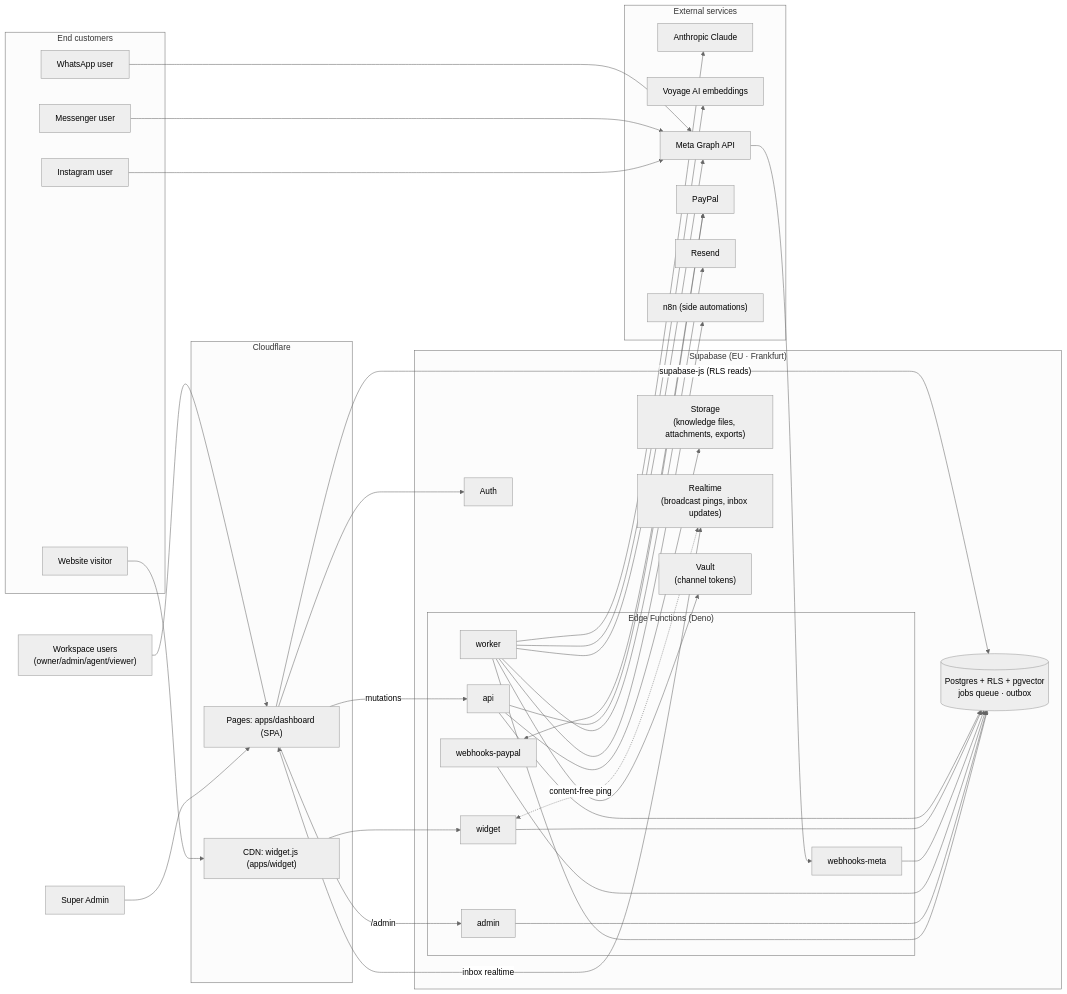
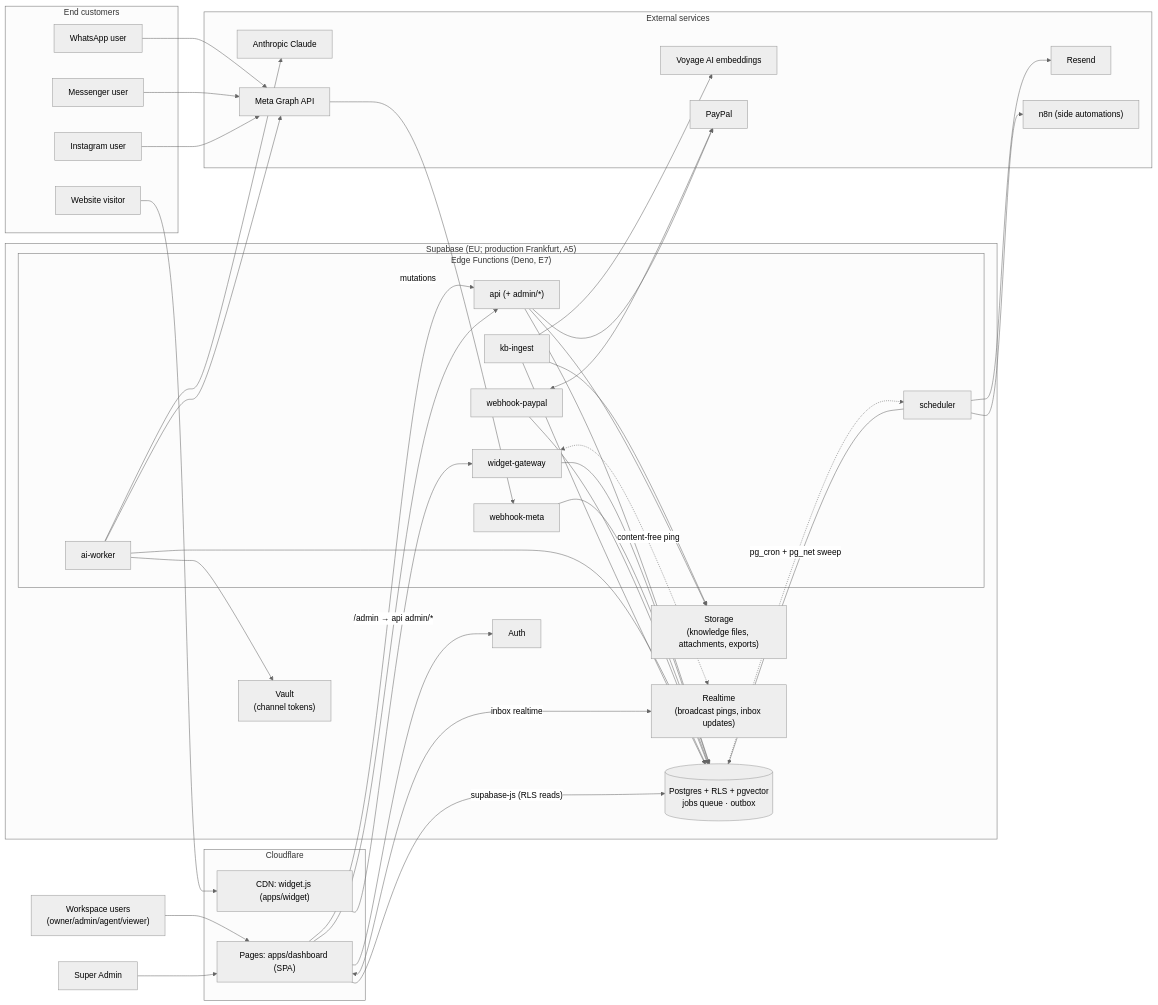
The first of 2 diagrams in docs/ARCHITECTURE.md (hemashady210-lgtm/hema), drawn with Mermaid (neutral theme) before and after one commit. The commit also changed other lines of this file and 19 other files, not shown here.

````diff
--- a/docs/ARCHITECTURE.md
+++ b/docs/ARCHITECTURE.md
@@ -10,63 +12,68 @@
 ```mermaid
 flowchart LR
   subgraph Customers["End customers"]
     WEB["Website visitor"]
     WA["WhatsApp user"]
     FB["Messenger user"]
     IG["Instagram user"]
   end
 
   subgraph CF["Cloudflare"]
     PAGES["Pages: apps/dashboard (SPA)"]
     CDN["CDN: widget.js (apps/widget)"]
   end
 
-  subgraph SB["Supabase (EU · Frankfurt)"]
+  subgraph SB["Supabase (EU; production Frankfurt, A5)"]
     AUTH["Auth"]
     PG[("Postgres + RLS + pgvector\njobs queue · outbox")]
     ST["Storage\n(knowledge files, attachments, exports)"]
     RT["Realtime\n(broadcast pings, inbox updates)"]
     VAULT["Vault\n(channel tokens)"]
-    subgraph EF["Edge Functions (Deno)"]
-      API["api"]
-      WID["widget"]
-      WRK["worker"]
-      WHM["webhooks-meta"]
-      WHP["webhooks-paypal"]
-      ADM["admin"]
+    subgraph EF["Edge Functions (Deno, E7)"]
+      API["api (+ admin/*)"]
+      WID["widget-gateway"]
+      WRK["ai-worker"]
+      KBI["kb-ingest"]
+      SCH["scheduler"]
+      WHM["webhook-meta"]
+      WHP["webhook-paypal"]
     end
   end
 
   subgraph EXT["External services"]
     CLAUDE["Anthropic Claude"]
     VOY["Voyage AI embeddings"]
     META["Meta Graph API"]
     PP["PayPal"]
     RS["Resend"]
     N8N["n8n (side automations)"]
   end
 
   OPS["Workspace users\n(owner/admin/agent/viewer)"] --> PAGES
   SA["Super Admin"] --> PAGES
   PAGES -- "supabase-js (RLS reads)" --> PG
   PAGES -- "mutations" --> API
-  PAGES -- "/admin" --> ADM
+  PAGES -- "/admin → api admin/*" --> API
   PAGES --> AUTH
   PAGES <-- "inbox realtime" --> RT
 
   WEB --> CDN --> WID
   WID <-. "content-free ping" .-> RT
   WA & FB & IG --> META --> WHM
 
-  API & WID & WHM & WHP & ADM --> PG
+  API & WID & WHM & WHP --> PG
   WRK --> PG
   WRK --> CLAUDE
-  WRK --> VOY
   WRK --> META
-  WRK --> RS
-  WRK --> N8N
   WRK --> VAULT
+  KBI --> PG
+  KBI --> VOY
+  KBI --> ST
+  SCH --> PG
+  SCH --> RS
+  SCH --> N8N
+  PG -. "pg_cron + pg_net sweep" .-> SCH
   WHP <--> PP
   API --> PP
   API --> ST
 ```
````
